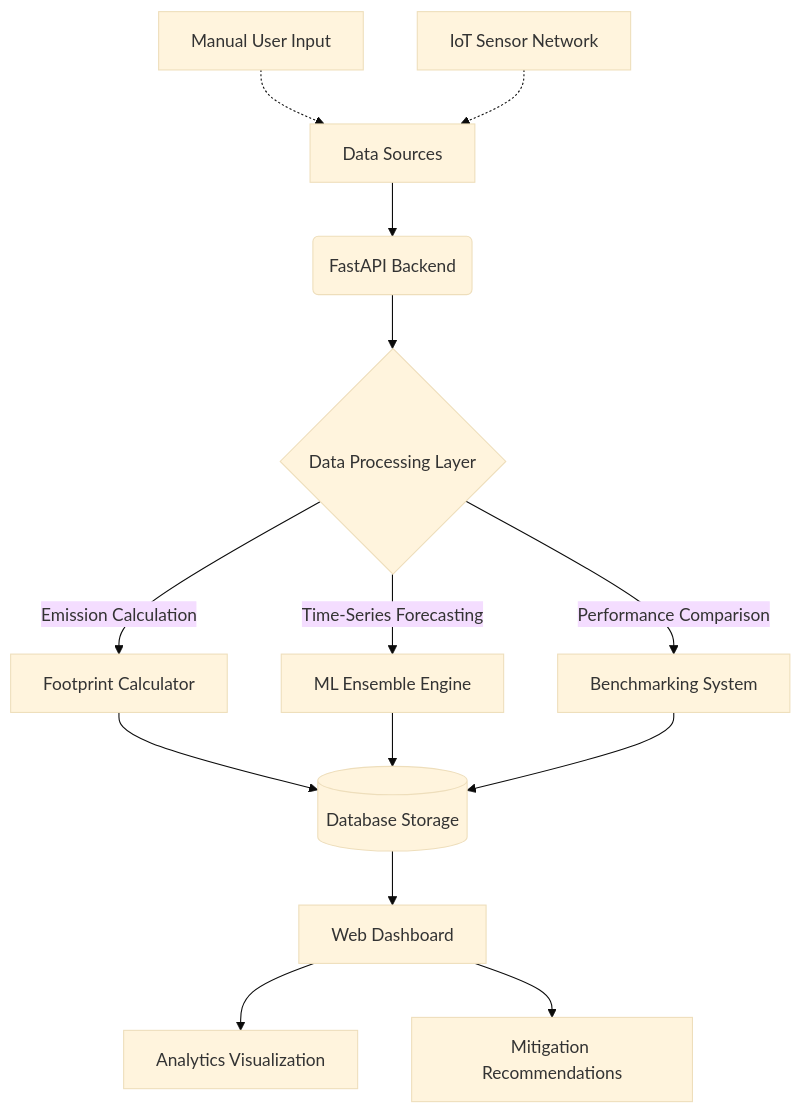
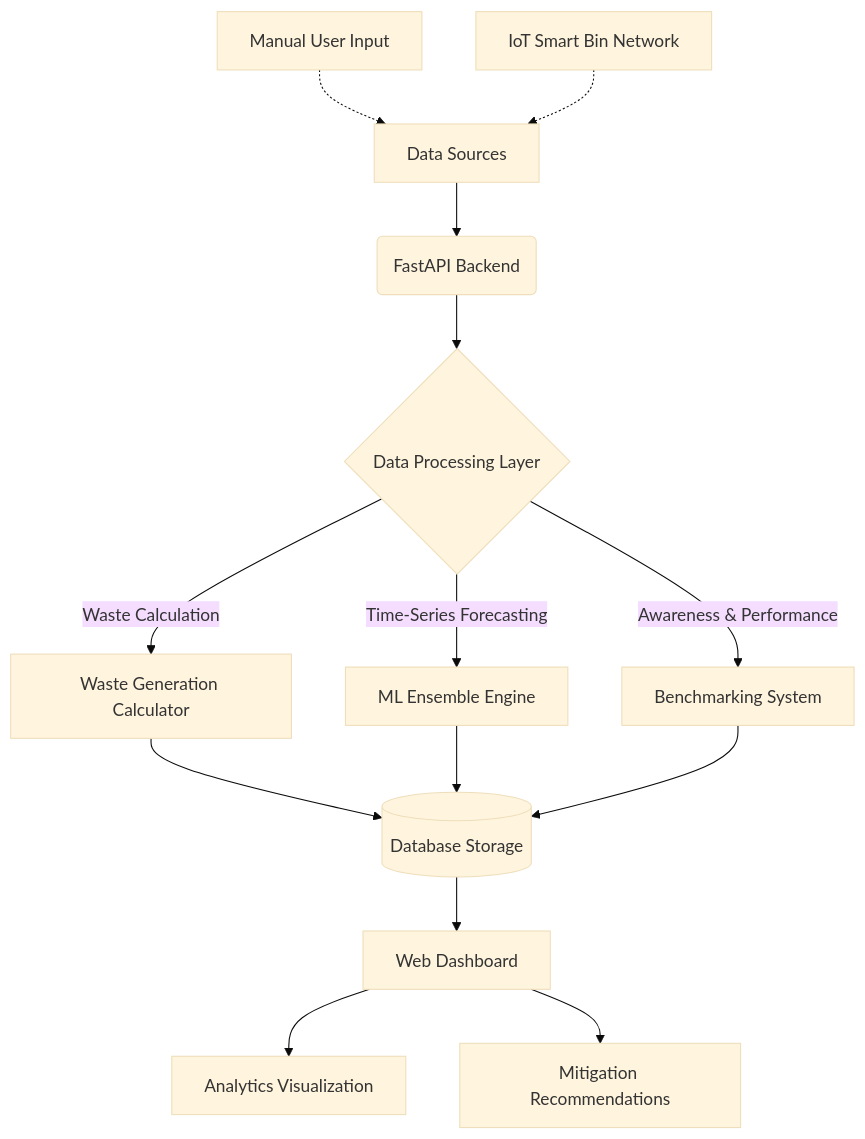
Before and after one commit to aryawadhwa/CarbonCALC: the diagram in README.md, drawn with Mermaid (base theme). The commit also changed other lines of this file and 3 other files, not shown here.

Commit message:
refactor: Rebrand documentation and API entry points to AI-Powered Waste Management Awareness System

````diff
--- a/README.md
+++ b/README.md
@@ -9,20 +9,20 @@
 ```mermaid
 graph TD
     A[Data Sources] --> B(FastAPI Backend)
     A1[Manual User Input] -.-> A
-    A2[IoT Sensor Network] -.-> A
+    A2[IoT Smart Bin Network] -.-> A
     
     B --> C{Data Processing Layer}
     
-    C -->|Emission Calculation| D[Footprint Calculator]
+    C -->|Waste Calculation| D[Waste Generation Calculator]
     C -->|Time-Series Forecasting| E[ML Ensemble Engine]
-    C -->|Performance Comparison| F[Benchmarking System]
+    C -->|Awareness & Performance| F[Benchmarking System]
     
     D --> G[(Database Storage)]
     E --> G
     F --> G
     
     G --> H[Web Dashboard]
     H --> I[Analytics Visualization]
     H --> J[Mitigation Recommendations]
 ```
````
